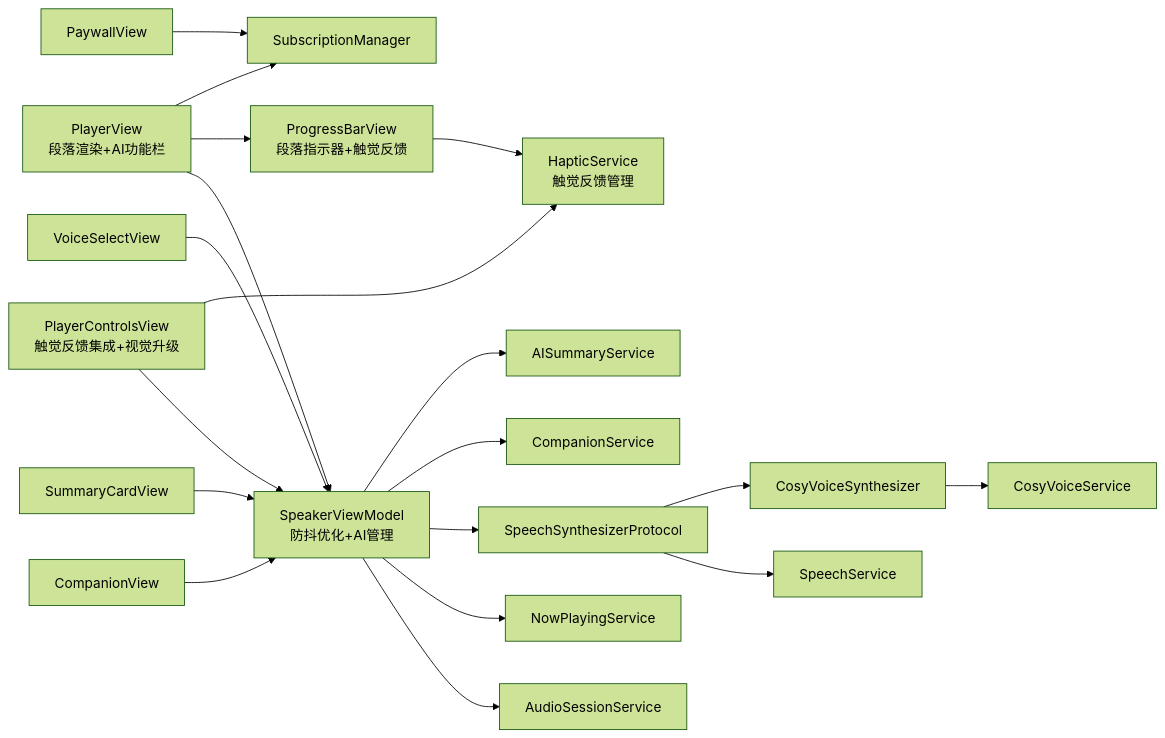
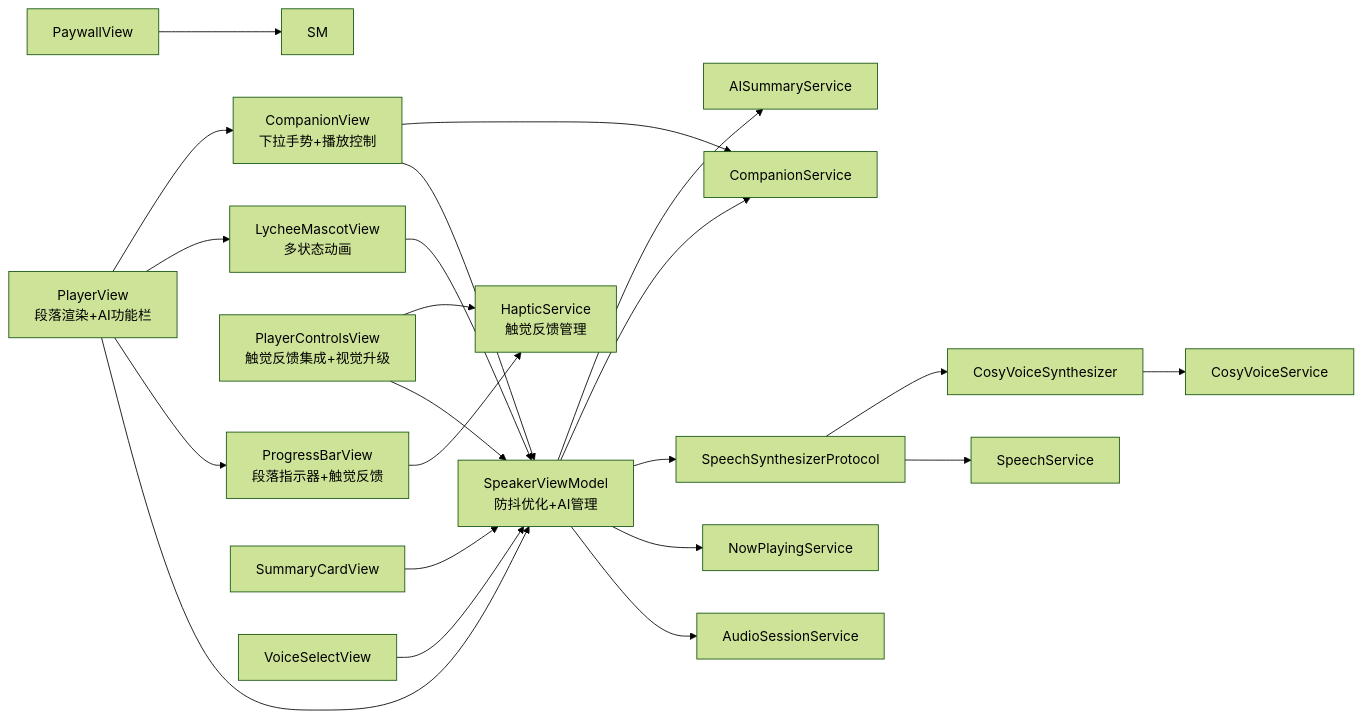
Diagram 13 of 13 in .qoder/repowiki/zh/content/用户界面设计/播放器界面.md (Primoguo/VoiceReader), drawn with Mermaid (forest theme) before and after one commit. The commit also changed other lines of this file and 92 other files, not shown here.

````diff
--- a/.qoder/repowiki/zh/content/用户界面设计/播放器界面.md
+++ b/.qoder/repowiki/zh/content/用户界面设计/播放器界面.md
@@ -833,21 +822,24 @@
 ```mermaid
 graph LR
 PV["PlayerView<br/>段落渲染+AI功能栏"] --> SVM["SpeakerViewModel<br/>防抖优化+AI管理"]
 PV --> PBV["ProgressBarView<br/>段落指示器+触觉反馈"]
-PV --> SM["SubscriptionManager"]
+PV --> LMV["LycheeMascotView<br/>多状态动画"]
+PV --> CV["CompanionView<br/>下拉手势+播放控制"]
 PCV["PlayerControlsView<br/>触觉反馈集成+视觉升级"] --> SVM
 PCV --> HS["HapticService<br/>触觉反馈管理"]
 PBV --> HS
-CV["CompanionView"] --> SVM
+CV --> SVM
+CV --> CS["CompanionService"]
+LMV --> SVM
 PWV["PaywallView"] --> SM
 SCV["SummaryCardView"] --> SVM
 VSV["VoiceSelectView"] --> SVM
 SVM --> ASS["AudioSessionService"]
 SVM --> NPS["NowPlayingService"]
 SVM --> SSP["SpeechSynthesizerProtocol"]
-SVM --> CS["CompanionService"]
+SVM --> CS
 SVM --> AIS["AISummaryService"]
 SSP --> SS["SpeechService"]
 SSP --> CVS["CosyVoiceSynthesizer"]
 CVS --> CSV["CosyVoiceService"]
 ```
````
